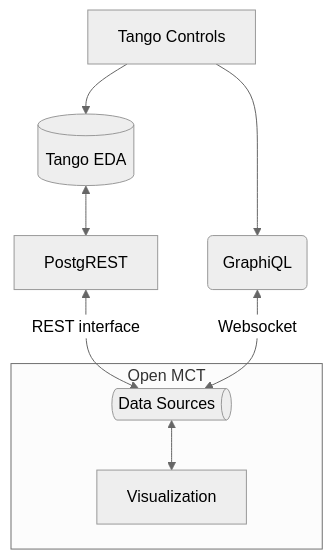
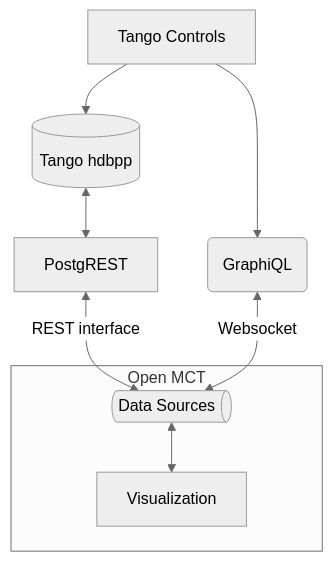
Before and after one commit to SKAJohanVenter/tangomct: the diagram in README.md, drawn with Mermaid (neutral theme). The commit also changed other lines of this file and 2 other files, not shown here.

````diff
--- a/README.md
+++ b/README.md
@@ -29,11 +42,11 @@
 ```mermaid
 flowchart TD
     A[Tango Controls] -->B(GraphiQL)
-    A[Tango Controls] -->C[(Tango EDA)]
+    A[Tango Controls] -->C[(Tango hdbpp)]
     C<-->D[PostgREST]
     D<-->|REST interface|E
     B<-->|Websocket|E
     subgraph openmct ["Open MCT"]
     E@{ shape: das, label: "Data Sources"}<-->F[Visualization]
     end
 ```
````
